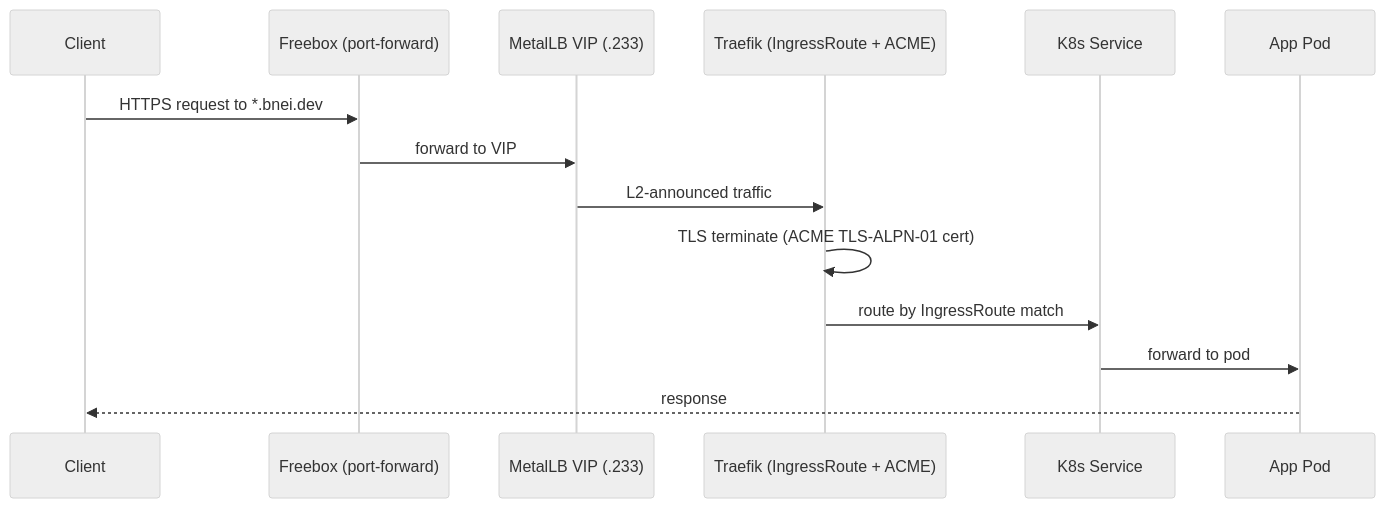
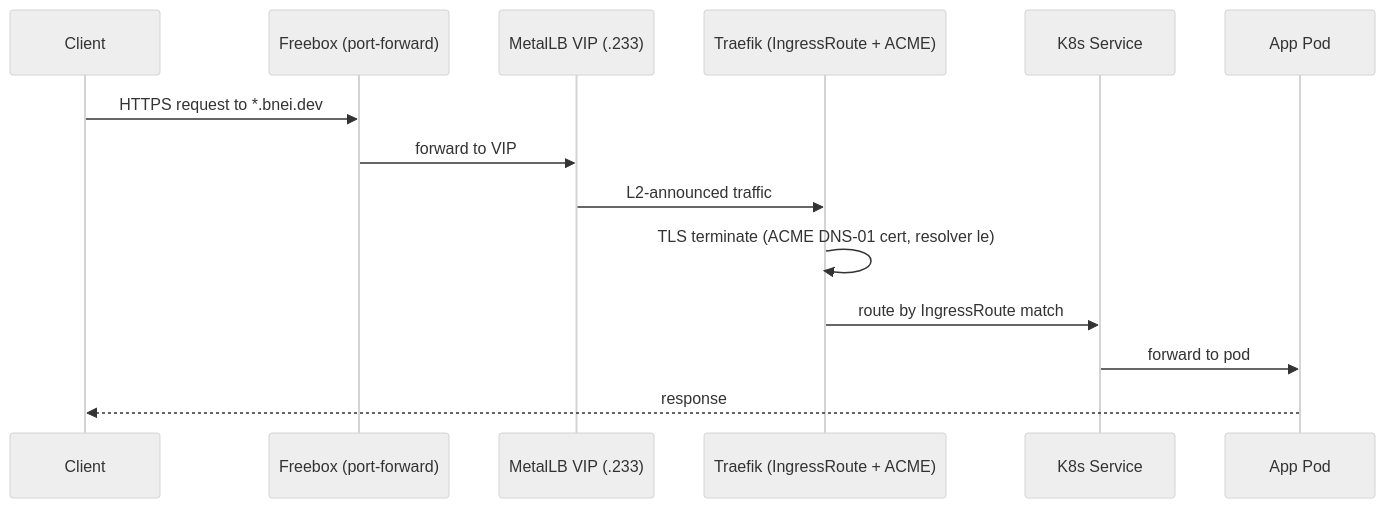
The third of 7 diagrams in ARCHITECTURE.md (MohammadBnei/infra-bootstrap), drawn with Mermaid (neutral theme) before and after one commit. The commit also changed other lines of this file and 2 other files, not shown here.

````diff
--- a/ARCHITECTURE.md
+++ b/ARCHITECTURE.md
@@ -429,17 +447,17 @@
 ```mermaid
 sequenceDiagram
     participant C as Client
     participant FB as Freebox (port-forward)
     participant MLB as MetalLB VIP (.233)
     participant TR as Traefik (IngressRoute + ACME)
     participant SVC as K8s Service
     participant POD as App Pod
 
     C->>FB: HTTPS request to *.bnei.dev
     FB->>MLB: forward to VIP
     MLB->>TR: L2-announced traffic
-    TR->>TR: TLS terminate (ACME TLS-ALPN-01 cert)
+    TR->>TR: TLS terminate (ACME DNS-01 cert, resolver le)
     TR->>SVC: route by IngressRoute match
     SVC->>POD: forward to pod
     POD-->>C: response
 ```
````
